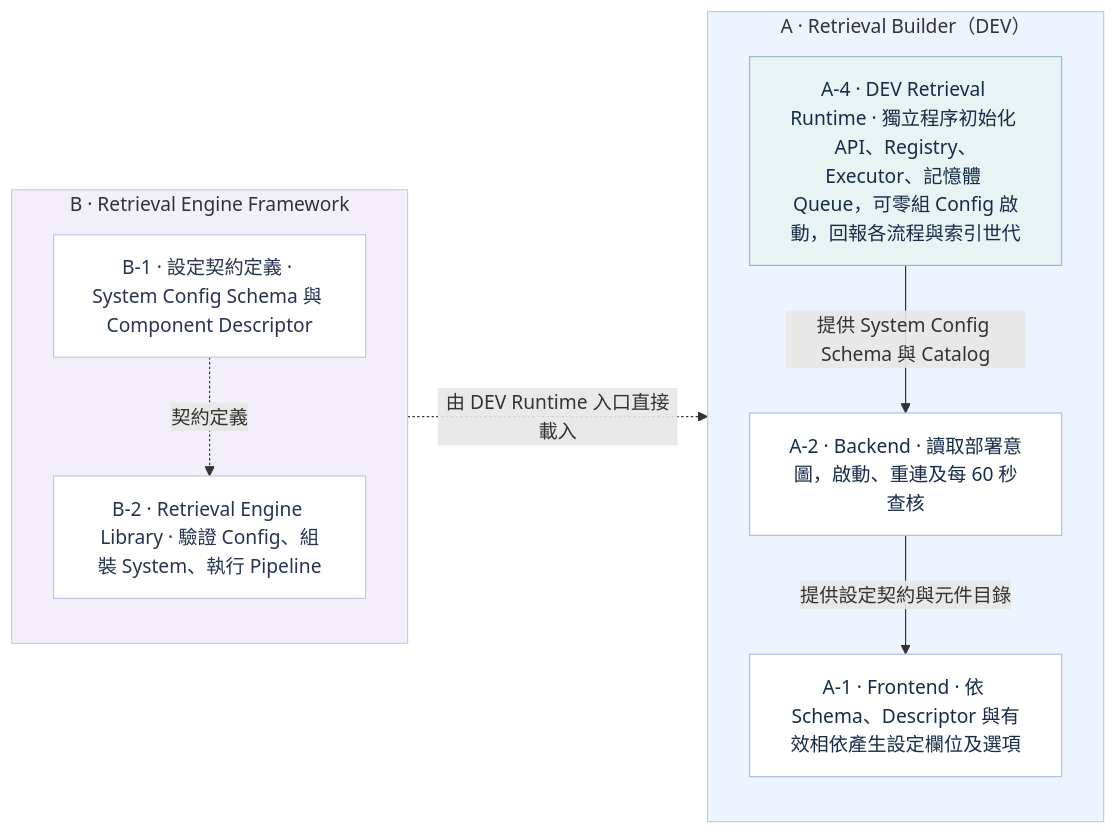
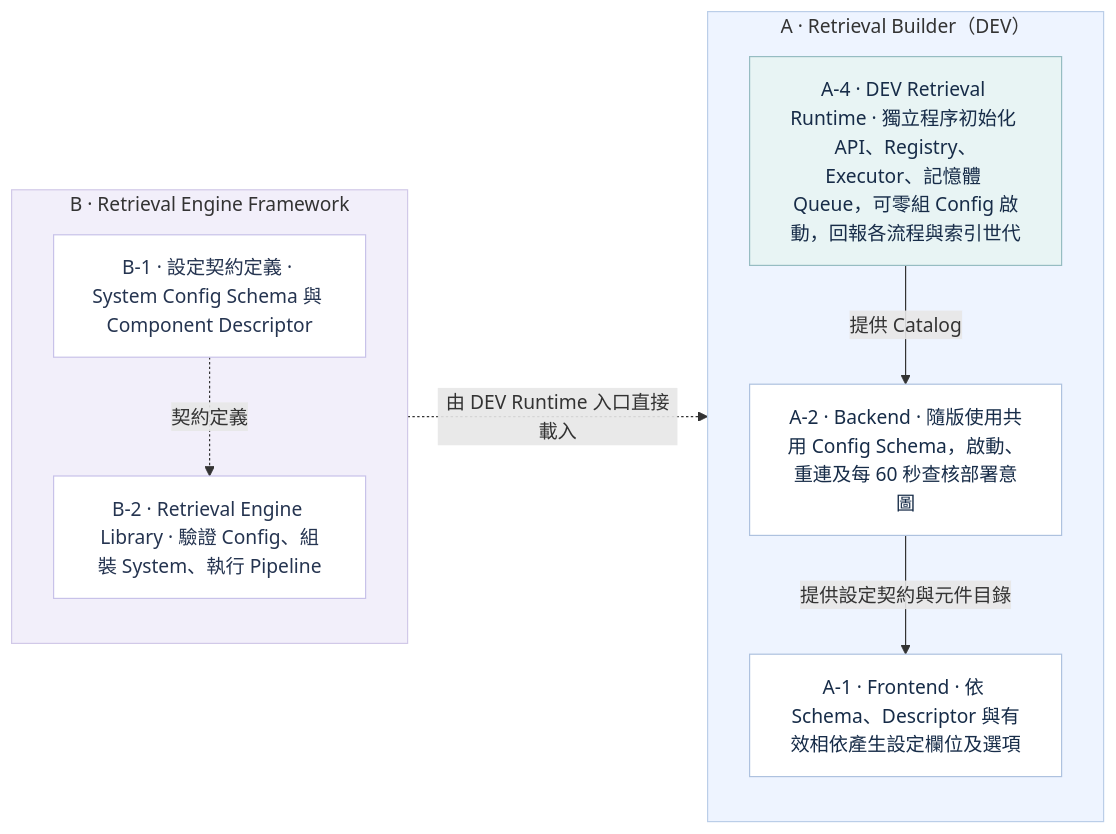
The diagram in diagrams/02_infra_architecture_startup.mmd (SunnyWenwen/rag_platform), drawn with Mermaid before and after one commit. The commit also changed 10 other files, not shown here.

Commit message:
Share the System Config schema by file and clarify DEV responsibilities

```diff
--- a/diagrams/02_infra_architecture_startup.mmd
+++ b/diagrams/02_infra_architecture_startup.mmd
@@ -1,31 +1,31 @@
 flowchart LR
   %% DEV startup and reload of published configurations.
   %% Component IDs match the architecture after user operations.
   %% Builder 補載預期上線的流程；ES 索引確認遺失時，由使用者確認後恢復。
 
   subgraph B["B · Retrieval Engine Framework"]
     direction TB
     B1["B-1 · 設定契約定義 · System Config Schema 與 Component Descriptor"]
     B2["B-2 · Retrieval Engine Library · 驗證 Config、組裝 System、執行 Pipeline"]
     B1 -.->|"契約定義"| B2
   end
 
   subgraph A["A · Retrieval Builder（DEV）"]
     direction TB
-    A2["A-2 · Backend · 讀取部署意圖，啟動、重連及每 60 秒查核"]
+    A2["A-2 · Backend · 隨版使用共用 Config Schema，啟動、重連及每 60 秒查核部署意圖"]
     A1["A-1 · Frontend · 依 Schema、Descriptor 與有效相依產生設定欄位及選項"]
     A4["A-4 · DEV Retrieval Runtime · 獨立程序初始化 API、Registry、Executor、記憶體 Queue，可零組 Config 啟動，回報各流程與索引世代"]
-    A4 -->|"提供 System Config Schema 與 Catalog"| A2
+    A4 -->|"提供 Catalog"| A2
     A2 -->|"提供設定契約與元件目錄"| A1
   end
 
   B2 -.->|"由 DEV Runtime 入口直接載入"| A4
 
   classDef builder fill:#ffffff,stroke:#aec2df,color:#172c48
   classDef engine fill:#ffffff,stroke:#c8c2e9,color:#253450
   classDef runtime fill:#e8f4f4,stroke:#96bcc2,color:#172c48
   class A1,A2 builder
   class B1,B2 engine
   class A4 runtime
   style A fill:#eef4ff,stroke:#bbcee8
   style B fill:#f2effa,stroke:#d1c9e8
```
